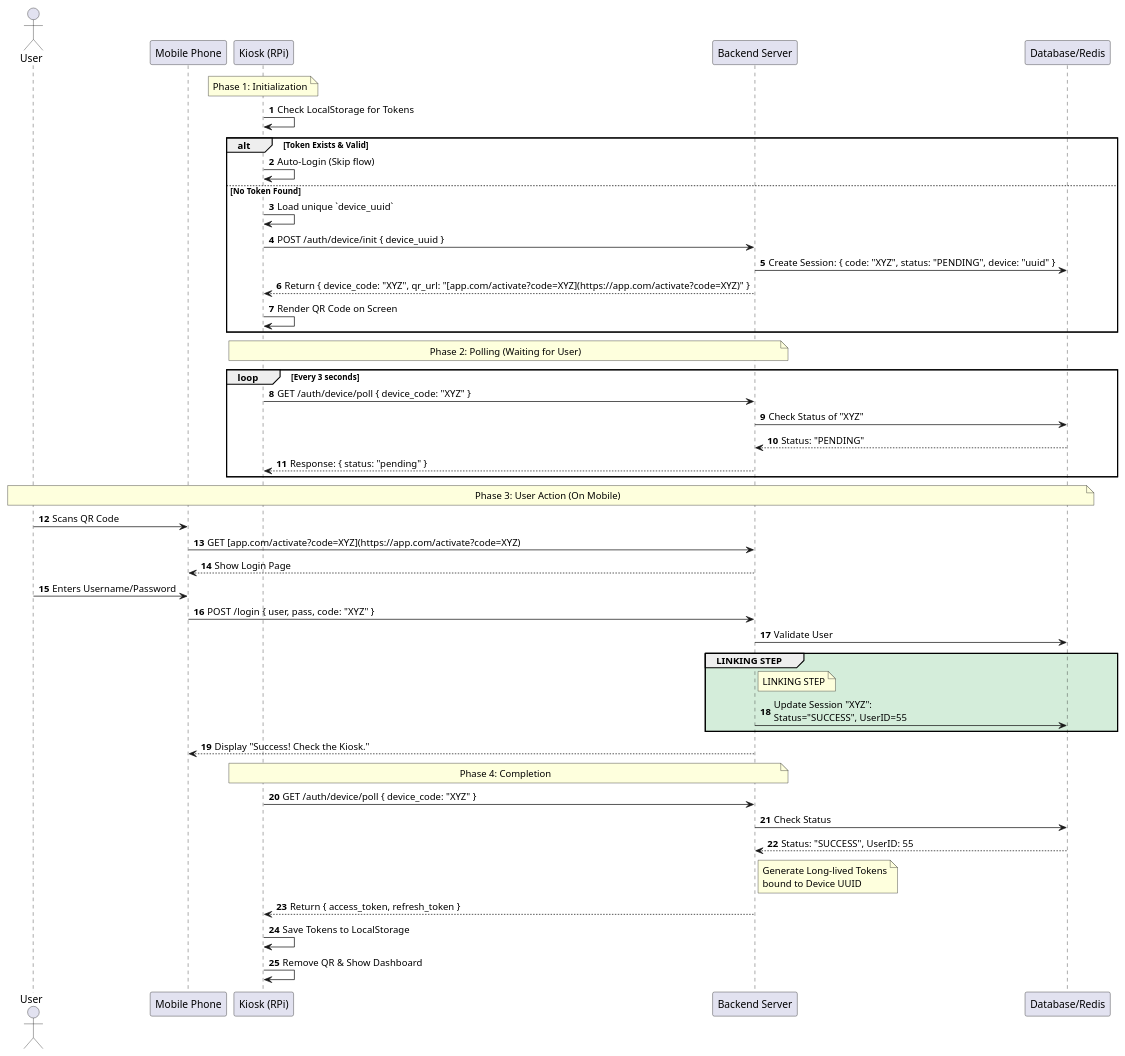
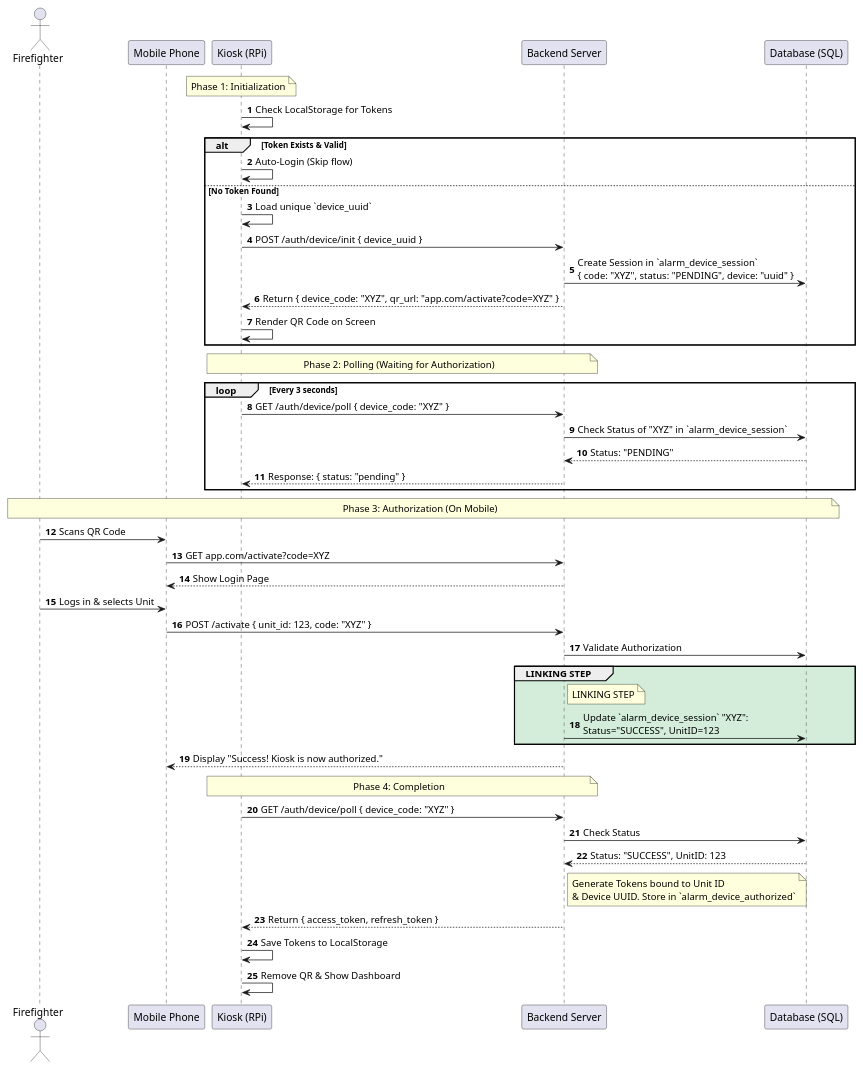
Before and after one commit to janmensik/Alarm.PozarniPoplach.cz: the diagram in AUTH_FLOW.md, drawn with PlantUML. The commit also changed other lines of this file and 19 other files, not shown here.

````diff
--- a/AUTH_FLOW.md
+++ b/AUTH_FLOW.md
@@ -39,62 +39,62 @@
 ```plantuml
 @startuml
 autonumber
 
-actor "User" as User
+actor "Firefighter" as User
 participant "Mobile Phone" as Mobile
 participant "Kiosk (RPi)" as Kiosk
 participant "Backend Server" as Server
-participant "Database/Redis" as DB
+participant "Database (SQL)" as DB
 
 note over Kiosk: Phase 1: Initialization
 
 Kiosk -> Kiosk: Check LocalStorage for Tokens
 alt Token Exists & Valid
     Kiosk -> Kiosk: Auto-Login (Skip flow)
 else No Token Found
     Kiosk -> Kiosk: Load unique `device_uuid`
     Kiosk -> Server: POST /auth/device/init { device_uuid }
-    Server -> DB: Create Session: { code: "XYZ", status: "PENDING", device: "uuid" }
-    Server --> Kiosk: Return { device_code: "XYZ", qr_url: "[app.com/activate?code=XYZ](https://app.com/activate?code=XYZ)" }
+    Server -> DB: Create Session in `alarm_device_session`\n{ code: "XYZ", status: "PENDING", device: "uuid" }
+    Server --> Kiosk: Return { device_code: "XYZ", qr_url: "app.com/activate?code=XYZ" }
     Kiosk -> Kiosk: Render QR Code on Screen
 end
 
-note over Kiosk, Server: Phase 2: Polling (Waiting for User)
+note over Kiosk, Server: Phase 2: Polling (Waiting for Authorization)
 
 loop Every 3 seconds
     Kiosk -> Server: GET /auth/device/poll { device_code: "XYZ" }
-    Server -> DB: Check Status of "XYZ"
+    Server -> DB: Check Status of "XYZ" in `alarm_device_session`
     DB --> Server: Status: "PENDING"
     Server --> Kiosk: Response: { status: "pending" }
 end
 
-note over User, DB: Phase 3: User Action (On Mobile)
+note over User, DB: Phase 3: Authorization (On Mobile)
 
 User -> Mobile: Scans QR Code
-Mobile -> Server: GET [app.com/activate?code=XYZ](https://app.com/activate?code=XYZ)
+Mobile -> Server: GET app.com/activate?code=XYZ
 Server --> Mobile: Show Login Page
-User -> Mobile: Enters Username/Password
-Mobile -> Server: POST /login { user, pass, code: "XYZ" }
-Server -> DB: Validate User
+User -> Mobile: Logs in & selects Unit
+Mobile -> Server: POST /activate { unit_id: 123, code: "XYZ" }
+Server -> DB: Validate Authorization
 
 group #D4EDDA LINKING STEP
     note right of Server: LINKING STEP
-    Server -> DB: Update Session "XYZ":\nStatus="SUCCESS", UserID=55
+    Server -> DB: Update `alarm_device_session` "XYZ":\nStatus="SUCCESS", UnitID=123
 end
 
-Server --> Mobile: Display "Success! Check the Kiosk."
+Server --> Mobile: Display "Success! Kiosk is now authorized."
 
 note over Kiosk, Server: Phase 4: Completion
 
 Kiosk -> Server: GET /auth/device/poll { device_code: "XYZ" }
 Server -> DB: Check Status
-DB --> Server: Status: "SUCCESS", UserID: 55
+DB --> Server: Status: "SUCCESS", UnitID: 123
 
-note right of Server: Generate Long-lived Tokens\nbound to Device UUID
+note right of Server: Generate Tokens bound to Unit ID\n& Device UUID. Store in `alarm_device_authorized`
 Server --> Kiosk: Return { access_token, refresh_token }
 
 Kiosk -> Kiosk: Save Tokens to LocalStorage
 Kiosk -> Kiosk: Remove QR & Show Dashboard
 
 @enduml
 ```
````
